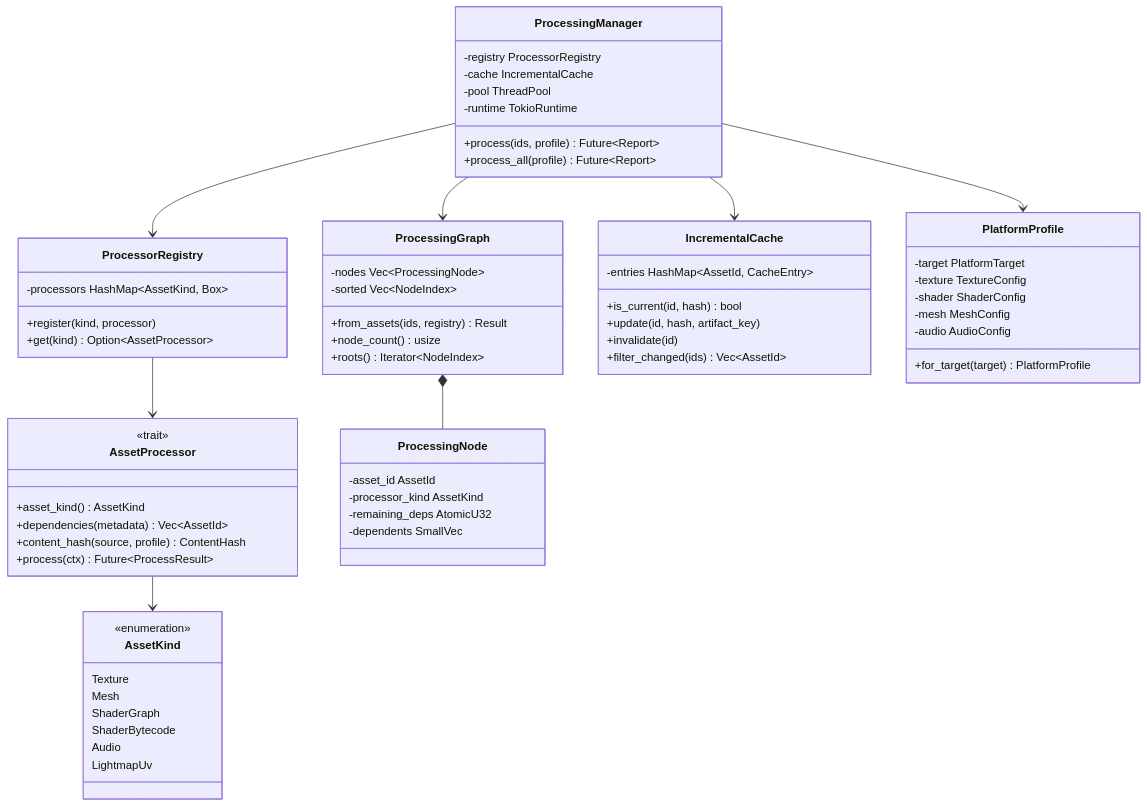
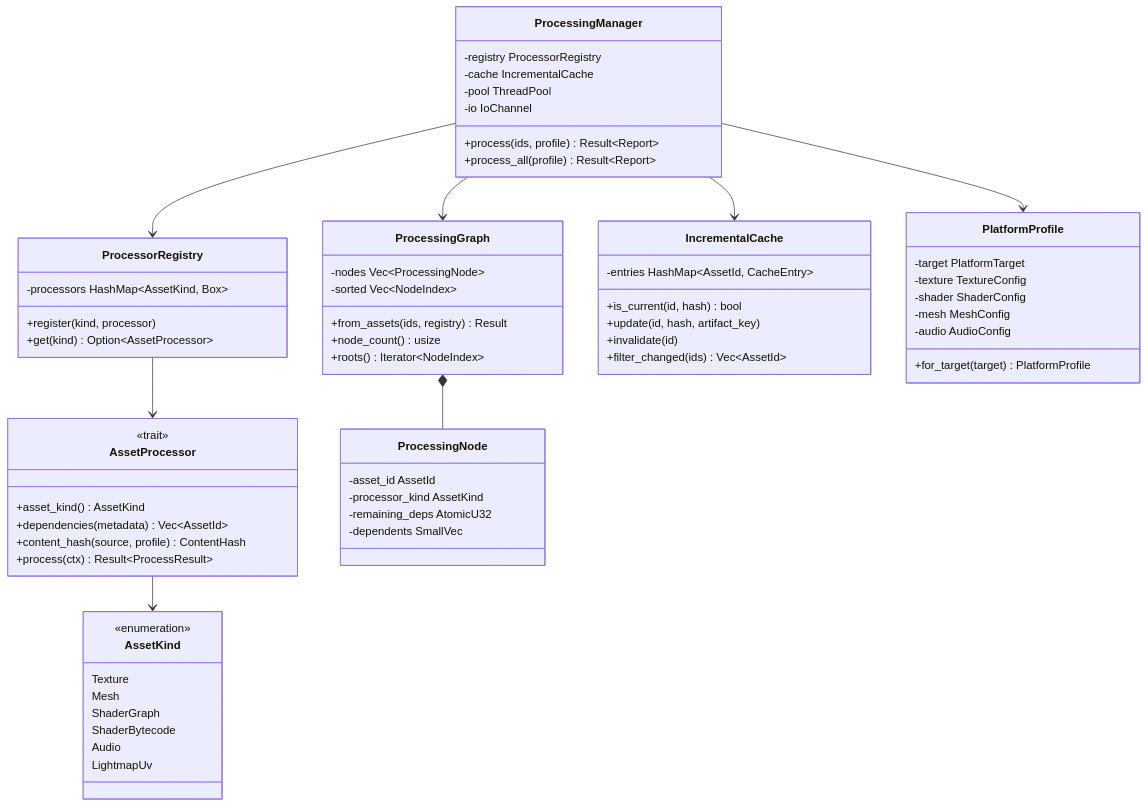
One commit to harmonius-dev/harmonius changed the fourth of 7 diagrams in docs/design/content-pipeline/asset-processing.md. Above: the diagram before and after it, drawn with Mermaid. The commit also changed other lines of this file and 143 other files, not shown here.

````diff
--- a/docs/design/content-pipeline/asset-processing.md
+++ b/docs/design/content-pipeline/asset-processing.md
@@ -266,68 +266,68 @@
 ```mermaid
 classDiagram
     class AssetProcessor {
         <<trait>>
         +asset_kind() AssetKind
         +dependencies(metadata) Vec~AssetId~
         +content_hash(source, profile) ContentHash
-        +process(ctx) Future~ProcessResult~
+        +process(ctx) Result~ProcessResult~
     }
     class ProcessingManager {
         -registry ProcessorRegistry
         -cache IncrementalCache
         -pool ThreadPool
-        -runtime TokioRuntime
-        +process(ids, profile) Future~Report~
-        +process_all(profile) Future~Report~
+        -io IoChannel
+        +process(ids, profile) Result~Report~
+        +process_all(profile) Result~Report~
     }
     class ProcessorRegistry {
         -processors HashMap~AssetKind, Box~
         +register(kind, processor)
         +get(kind) Option~AssetProcessor~
     }
     class ProcessingGraph {
         -nodes Vec~ProcessingNode~
         -sorted Vec~NodeIndex~
         +from_assets(ids, registry) Result
         +node_count() usize
         +roots() Iterator~NodeIndex~
     }
     class ProcessingNode {
         -asset_id AssetId
         -processor_kind AssetKind
         -remaining_deps AtomicU32
         -dependents SmallVec
     }
     class IncrementalCache {
         -entries HashMap~AssetId, CacheEntry~
         +is_current(id, hash) bool
         +update(id, hash, artifact_key)
         +invalidate(id)
         +filter_changed(ids) Vec~AssetId~
     }
     class PlatformProfile {
         -target PlatformTarget
         -texture TextureConfig
         -shader ShaderConfig
         -mesh MeshConfig
         -audio AudioConfig
         +for_target(target) PlatformProfile
     }
     class AssetKind {
         <<enumeration>>
         Texture
         Mesh
         ShaderGraph
         ShaderBytecode
         Audio
         LightmapUv
     }
 
     ProcessingManager --> ProcessorRegistry
     ProcessingManager --> IncrementalCache
     ProcessingManager --> ProcessingGraph
     ProcessorRegistry --> AssetProcessor
     ProcessingGraph *-- ProcessingNode
     ProcessingManager --> PlatformProfile
     AssetProcessor --> AssetKind
 ```
````
